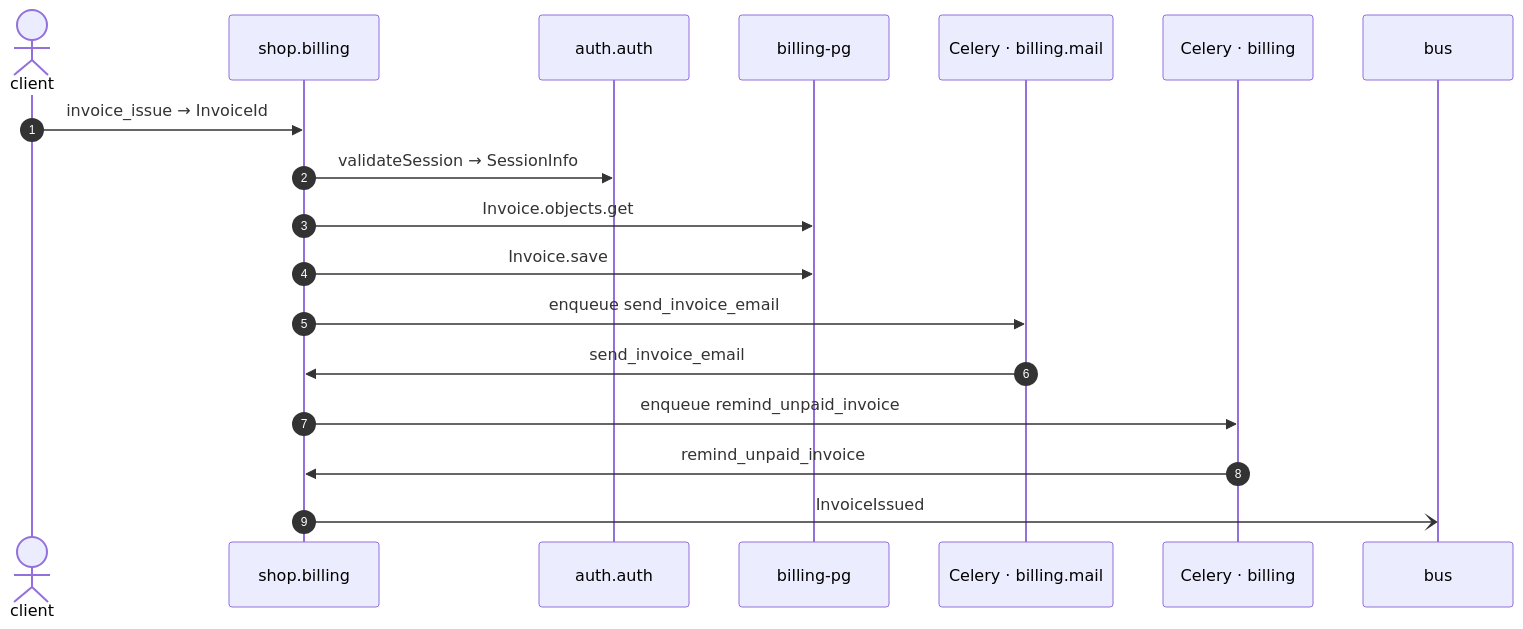
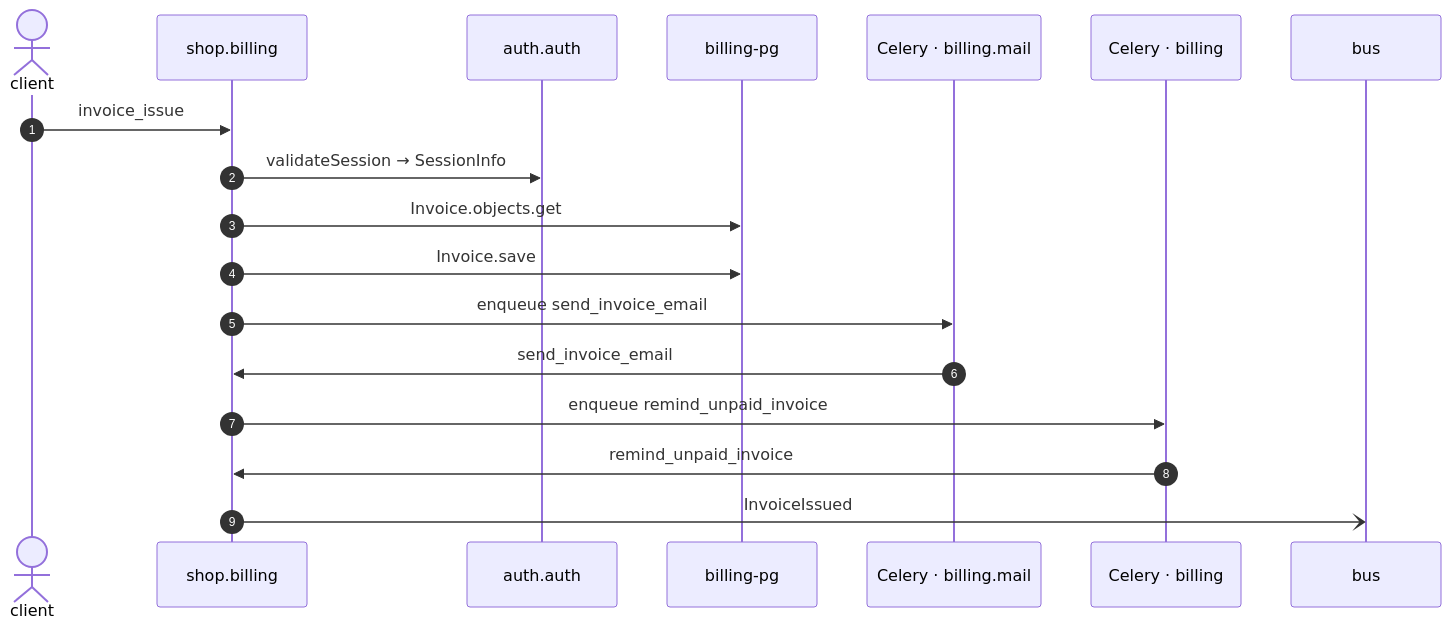
The diagram in exports/mermaid/billing-invoice-issue.mmd (shortlink-org/portolan), drawn with Mermaid before and after one commit. The commit also changed 172 other files, not shown here.

```diff
--- a/exports/mermaid/billing-invoice-issue.mmd
+++ b/exports/mermaid/billing-invoice-issue.mmd
@@ -1,18 +1,18 @@
 sequenceDiagram
     autonumber
     actor p0 as client
     participant p1 as shop.billing
     participant p2 as auth.auth
     participant p3 as billing-pg
     participant p4 as Celery · billing.mail
     participant p5 as Celery · billing
     participant p6 as bus
-    p0->>p1: invoice_issue → InvoiceId
+    p0->>p1: invoice_issue
     p1->>p2: validateSession → SessionInfo
     p1->>p3: Invoice.objects.get
     p1->>p3: Invoice.save
     p1->>p4: enqueue send_invoice_email
     p4->>p1: send_invoice_email
     p1->>p5: enqueue remind_unpaid_invoice
     p5->>p1: remind_unpaid_invoice
     p1-)p6: InvoiceIssued
```
